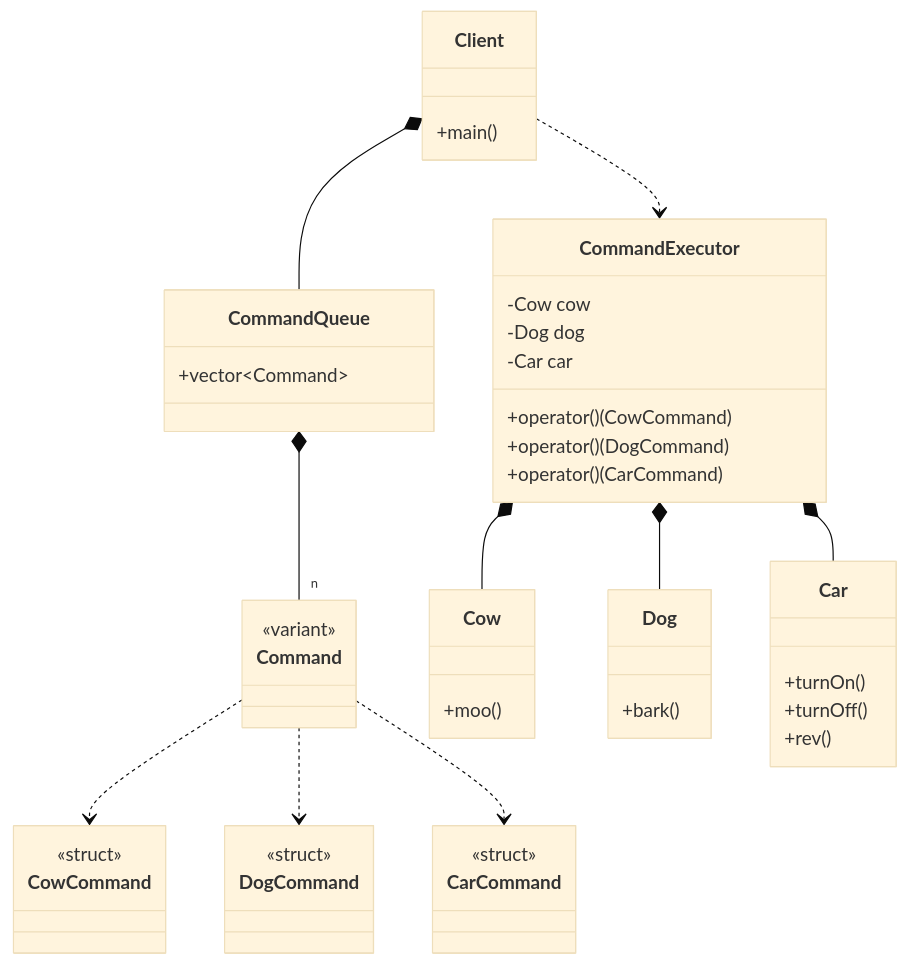
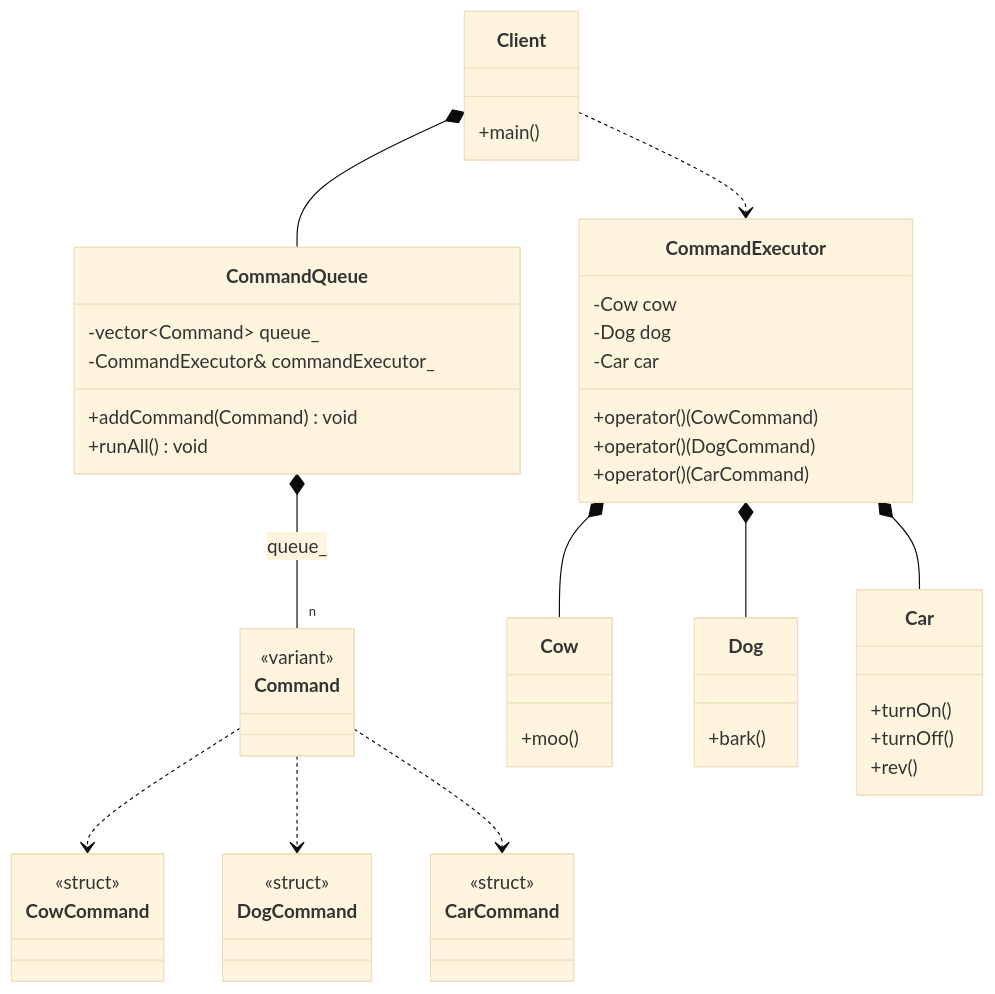
One commit to Cichlidfishexigency721/Modern-CPP-Design-Patterns changed the diagram in 19_Command/02_Modern_Variant/diagram.md. Above: the diagram before and after it, drawn with Mermaid (base theme). The commit also changed 2 other files, not shown here.

Commit message:
UML improvement

````diff
--- a/19_Command/02_Modern_Variant/diagram.md
+++ b/19_Command/02_Modern_Variant/diagram.md
@@ -3,60 +3,63 @@
 ```mermaid
 classDiagram
     class CowCommand {
         <<struct>>
     }
     class DogCommand {
         <<struct>>
     }
     class CarCommand {
         <<struct>>
     }
 
     class Command {
         <<variant>>
     }
 
     class Cow {
         +moo()
     }
 
     class Dog {
         +bark()
     }
 
     class Car {
         +turnOn()
         +turnOff()
         +rev()
     }
 
     class CommandExecutor {
         -Cow cow
         -Dog dog
         -Car car
         +operator()(CowCommand)
         +operator()(DogCommand)
         +operator()(CarCommand)
     }
 
     class CommandQueue {
-       +vector~Command~
+       -vector~Command~ queue_
+       -CommandExecutor& commandExecutor_
+       +addCommand(Command) void
+        +runAll() void
     }
 
     class Client {
         +main()
     }
 
-    CommandQueue *-- "n" Command
+    CommandQueue *-- "n" Command : queue_
     
     Command ..> CowCommand
     Command ..> DogCommand
     Command ..> CarCommand
 
     CommandExecutor *-- Cow
     CommandExecutor *-- Dog
     CommandExecutor *-- Car
 
     Client *-- CommandQueue
     Client ..> CommandExecutor
 ```
````
